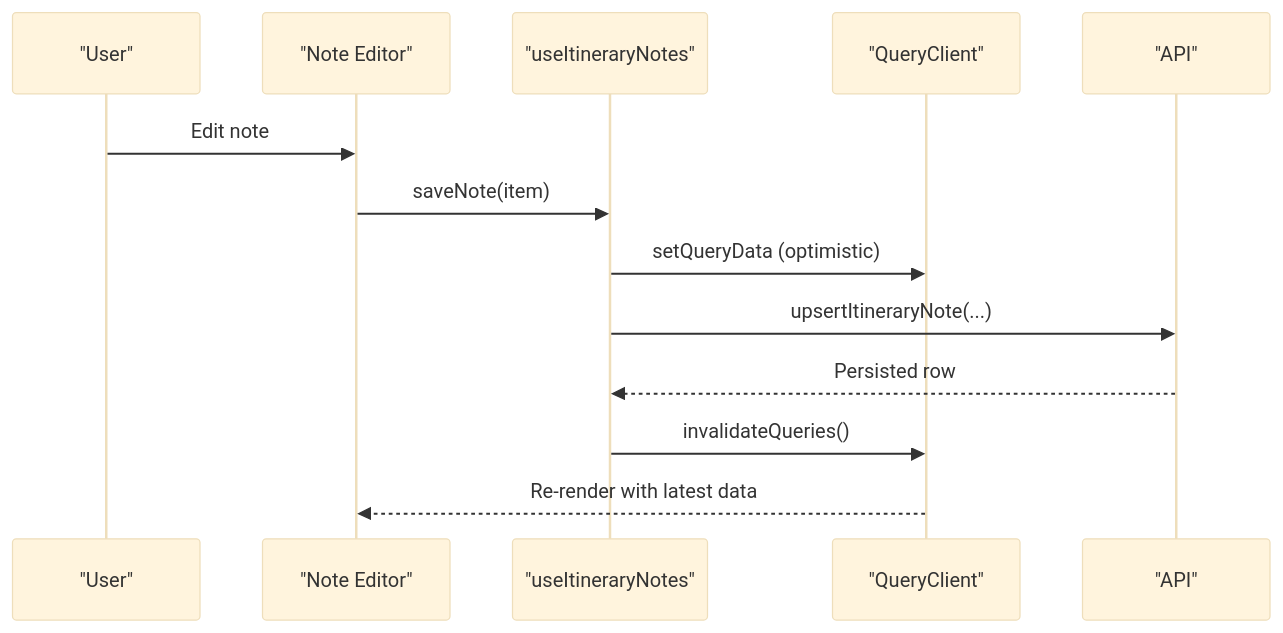
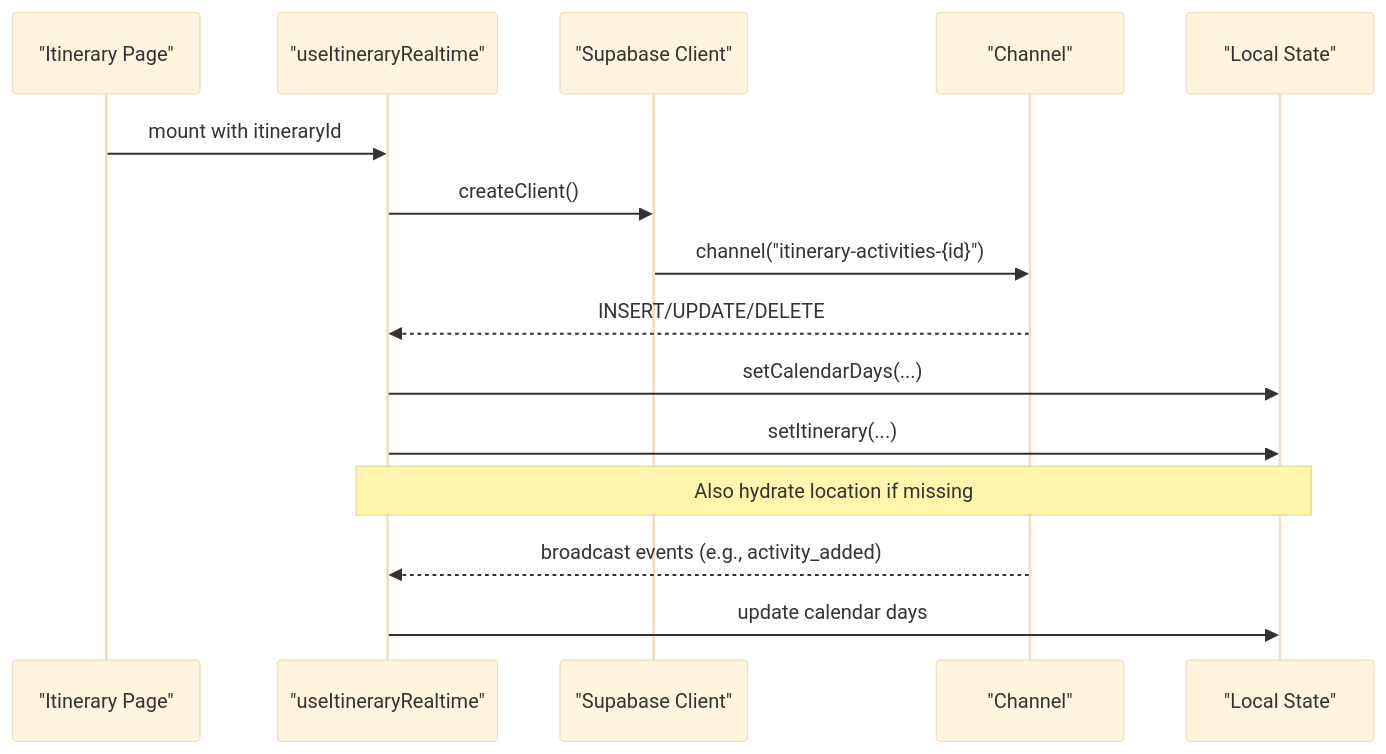
Before and after one commit to Meaetin/alibaba-hackathon: the fifth of 8 diagrams in .qoder/repowiki/en/content/State Management/State Management.md, drawn with Mermaid (base theme). The commit also changed other lines of this file and 241 other files, not shown here.

````diff
--- a/.qoder/repowiki/en/content/State Management/State Management.md
+++ b/.qoder/repowiki/en/content/State Management/State Management.md
@@ -203,15 +237,17 @@
 ```mermaid
 sequenceDiagram
-participant U as "User"
-participant E as "Note Editor"
-participant H as "useItineraryNotes"
-participant QC as "QueryClient"
-participant API as "API"
-U->>E : Edit note
-E->>H : saveNote(item)
-H->>QC : setQueryData (optimistic)
-H->>API : upsertItineraryNote(...)
-API-->>H : Persisted row
-H->>QC : invalidateQueries()
-QC-->>E : Re-render with latest data
+participant Comp as "Itinerary Page"
+participant Hook as "useItineraryRealtime"
+participant SB as "Supabase Client"
+participant CH as "Channel"
+participant State as "Local State"
+Comp->>Hook : mount with itineraryId
+Hook->>SB : createClient()
+SB->>CH : channel("itinerary-activities-{id}")
+CH-->>Hook : INSERT/UPDATE/DELETE
+Hook->>State : setCalendarDays(...)
+Hook->>State : setItinerary(...)
+Note over Hook,State : Also hydrate location if missing
+CH-->>Hook : broadcast events (e.g., activity_added)
+Hook->>State : update calendar days
 ```
````
